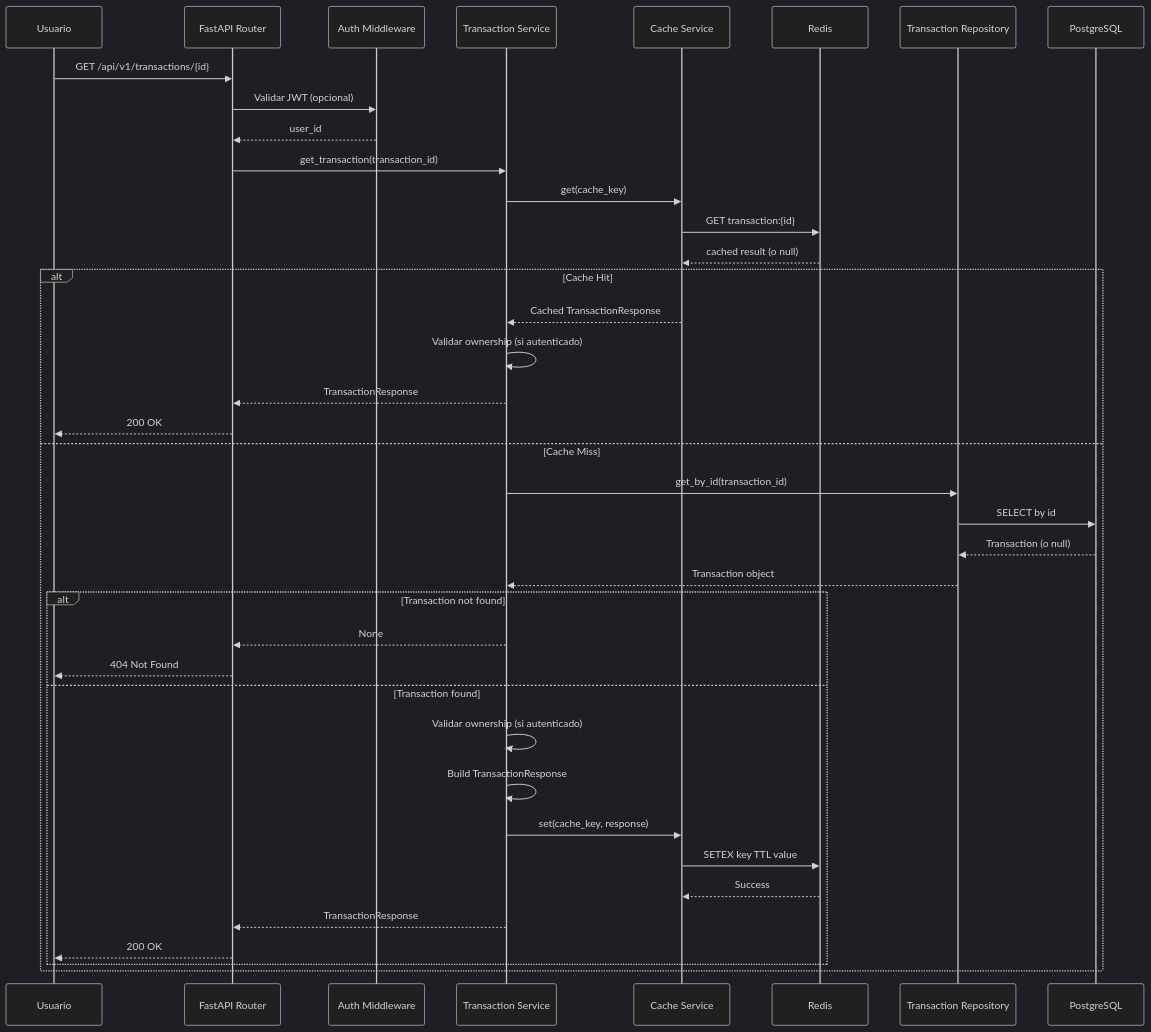
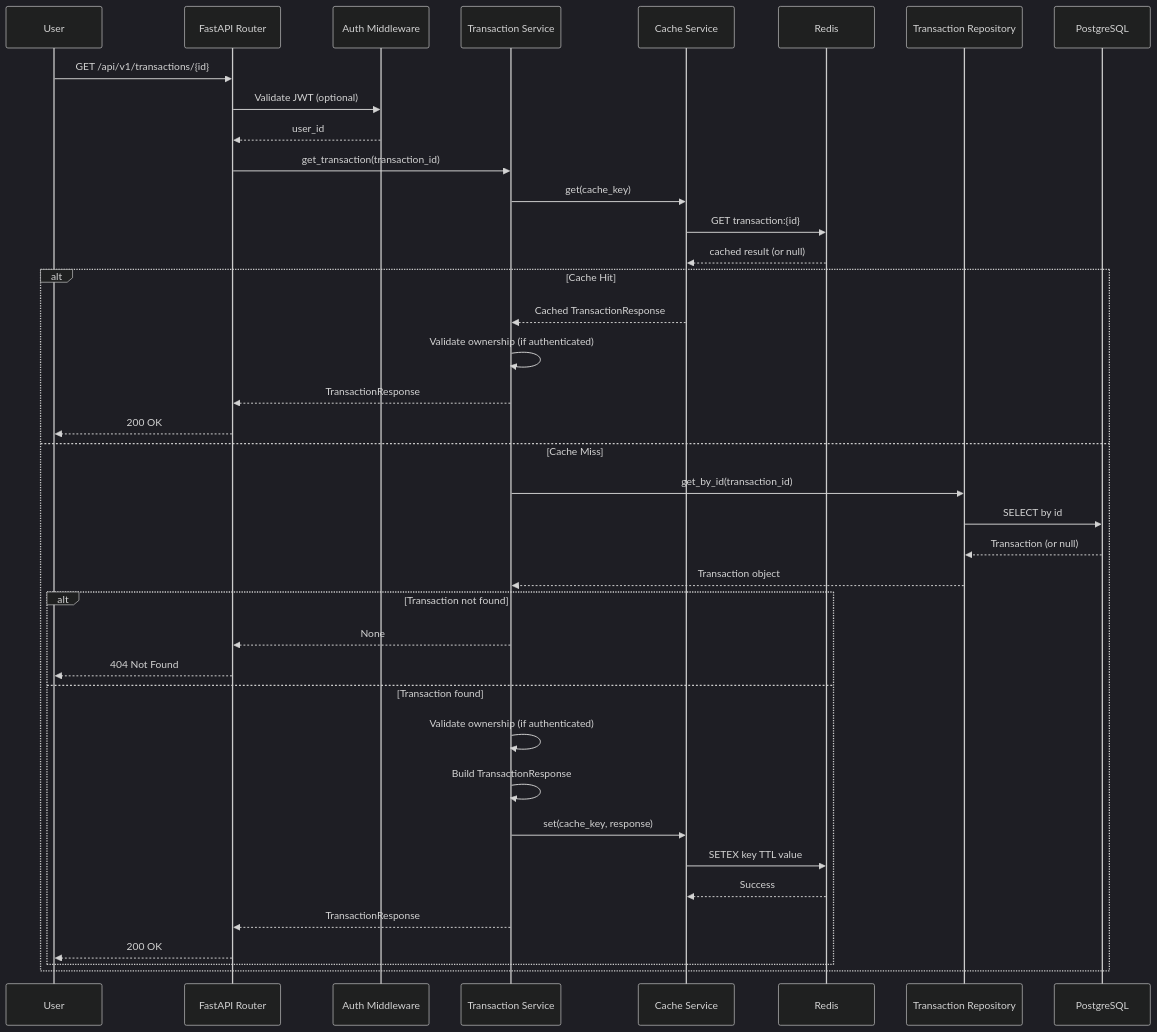
The fifth of 8 diagrams in README.md (echevemaster/astropay_challenge), drawn with Mermaid (dark theme) before and after one commit. The commit also changed other lines of this file, not shown here.

````diff
--- a/README.md
+++ b/README.md
@@ -254,47 +254,47 @@
 ```mermaid
 sequenceDiagram
-    participant U as Usuario
+    participant U as User
     participant API as FastAPI Router
     participant Auth as Auth Middleware
     participant TS as Transaction Service
     participant Cache as Cache Service
     participant Redis as Redis
     participant Repo as Transaction Repository
     participant DB as PostgreSQL
     
     U->>API: GET /api/v1/transactions/{id}
-    API->>Auth: Validar JWT (opcional)
+    API->>Auth: Validate JWT (optional)
     Auth-->>API: user_id
     
     API->>TS: get_transaction(transaction_id)
     
     TS->>Cache: get(cache_key)
     Cache->>Redis: GET transaction:{id}
-    Redis-->>Cache: cached result (o null)
+    Redis-->>Cache: cached result (or null)
     
     alt Cache Hit
         Cache-->>TS: Cached TransactionResponse
-        TS->>TS: Validar ownership (si autenticado)
+        TS->>TS: Validate ownership (if authenticated)
         TS-->>API: TransactionResponse
         API-->>U: 200 OK
     else Cache Miss
         TS->>Repo: get_by_id(transaction_id)
         Repo->>DB: SELECT by id
-        DB-->>Repo: Transaction (o null)
+        DB-->>Repo: Transaction (or null)
         Repo-->>TS: Transaction object
         
         alt Transaction not found
             TS-->>API: None
             API-->>U: 404 Not Found
         else Transaction found
-            TS->>TS: Validar ownership (si autenticado)
+            TS->>TS: Validate ownership (if authenticated)
             TS->>TS: Build TransactionResponse
             TS->>Cache: set(cache_key, response)
             Cache->>Redis: SETEX key TTL value
             Redis-->>Cache: Success
             
             TS-->>API: TransactionResponse
             API-->>U: 200 OK
         end
     end
 ```
````
